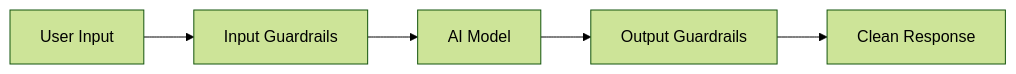
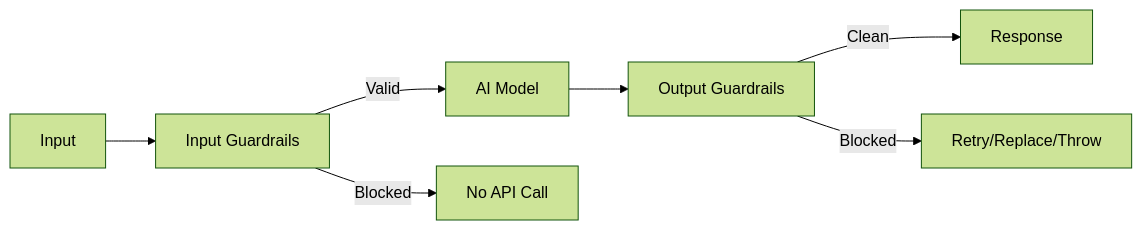
The diagram in README.md (jagreehal/ai-sdk-guardrails), drawn with Mermaid (forest theme) before and after one commit. The commit also changed other lines of this file and 37 other files, not shown here.

````diff
--- a/README.md
+++ b/README.md
@@ -77,4 +377,9 @@
 ```mermaid
 flowchart LR
-    A[User Input] --> B[Input Guardrails] --> C[AI Model] --> D[Output Guardrails] --> E[Clean Response]
+  A[Input] --> B[Input Guardrails]
+  B -->|Valid| C[AI Model]
+  B -->|Blocked| X[No API Call]
+  C --> D[Output Guardrails]
+  D -->|Clean| E[Response]
+  D -->|Blocked| R[Retry/Replace/Throw]
 ```
````
